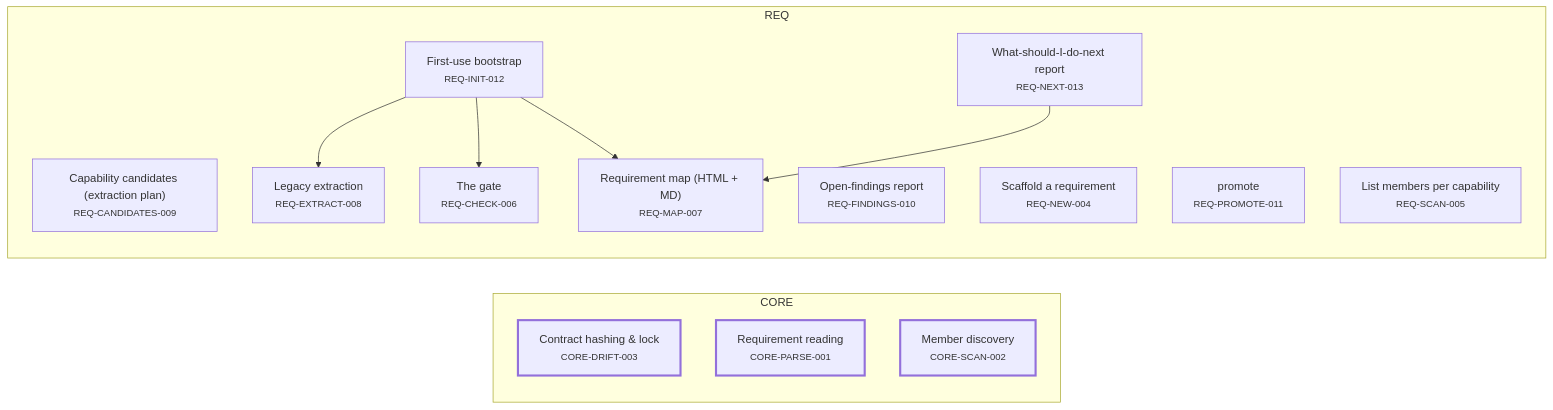
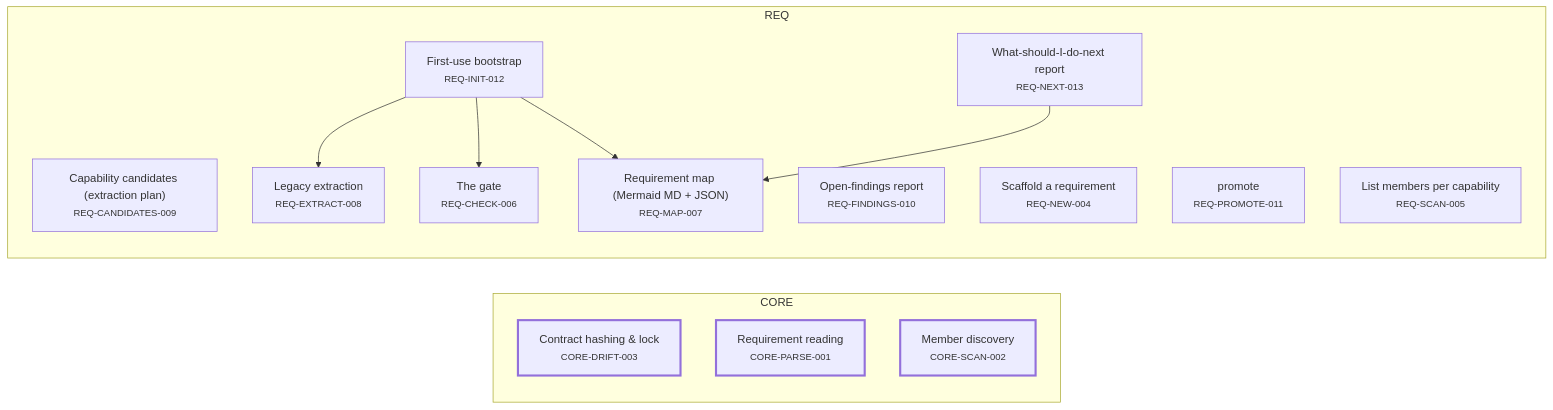
One commit to alxmax/Requirement-manager changed the first of 4 diagrams in plugin/requirements/_map.md. Above: the diagram before and after it, drawn with Mermaid. The commit also changed other lines of this file and 14 other files, not shown here.

First line of the commit message:
refactor(map): drop HTML map output; engine emits _map.json

````diff
--- a/plugin/requirements/_map.md
+++ b/plugin/requirements/_map.md
@@ -13,27 +13,27 @@
 ```mermaid
 graph LR
   subgraph sg_CORE["CORE"]
     CORE_DRIFT_003["Contract hashing & lock<br><small>CORE-DRIFT-003</small>"]
     CORE_PARSE_001["Requirement reading<br><small>CORE-PARSE-001</small>"]
     CORE_SCAN_002["Member discovery<br><small>CORE-SCAN-002</small>"]
   end
   subgraph sg_REQ["REQ"]
     REQ_CANDIDATES_009["Capability candidates (extraction plan)<br><small>REQ-CANDIDATES-009</small>"]
     REQ_CHECK_006["The gate<br><small>REQ-CHECK-006</small>"]
     REQ_EXTRACT_008["Legacy extraction<br><small>REQ-EXTRACT-008</small>"]
     REQ_FINDINGS_010["Open-findings report<br><small>REQ-FINDINGS-010</small>"]
     REQ_INIT_012["First-use bootstrap<br><small>REQ-INIT-012</small>"]
-    REQ_MAP_007["Requirement map (HTML + MD)<br><small>REQ-MAP-007</small>"]
+    REQ_MAP_007["Requirement map (Mermaid MD + JSON)<br><small>REQ-MAP-007</small>"]
     REQ_NEW_004["Scaffold a requirement<br><small>REQ-NEW-004</small>"]
     REQ_NEXT_013["What-should-I-do-next report<br><small>REQ-NEXT-013</small>"]
     REQ_PROMOTE_011["promote<br><small>REQ-PROMOTE-011</small>"]
     REQ_SCAN_005["List members per capability<br><small>REQ-SCAN-005</small>"]
   end
   REQ_INIT_012 --> REQ_EXTRACT_008
   REQ_INIT_012 --> REQ_CHECK_006
   REQ_INIT_012 --> REQ_MAP_007
   REQ_NEXT_013 --> REQ_MAP_007
   style CORE_DRIFT_003 stroke-width:3px
   style CORE_PARSE_001 stroke-width:3px
   style CORE_SCAN_002 stroke-width:3px
 ```
````
